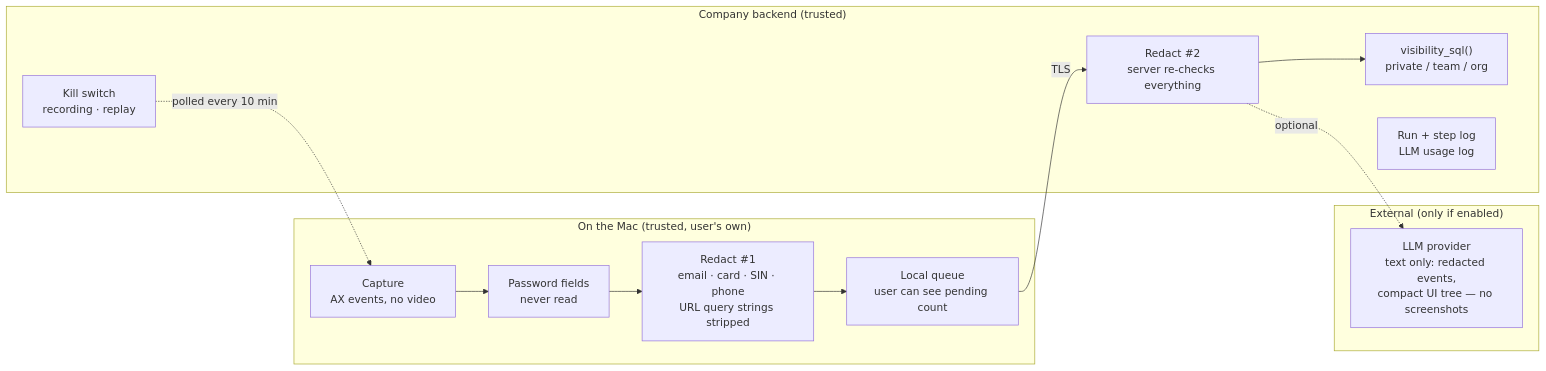
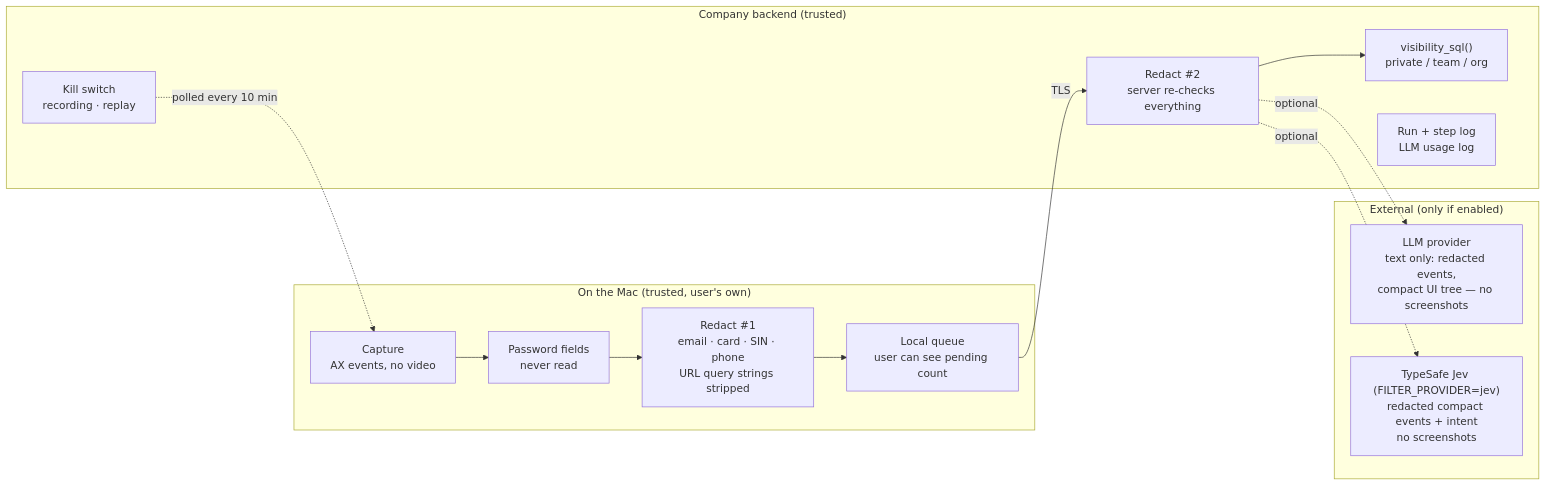
One commit to Dharmik2510/work-shadower changed diagram 12 of 14 in docs/ARCHITECTURE.md. Above: the diagram before and after it, drawn with Mermaid. The commit also changed other lines of this file and 49 other files, not shown here.

First line of the commit message:
Intent capture, relevance filter (local rules + TypeSafe Jev), hardened LLM path

````diff
--- a/docs/ARCHITECTURE.md
+++ b/docs/ARCHITECTURE.md
@@ -521,26 +531,28 @@
 ```mermaid
 flowchart LR
     subgraph Device["On the Mac (trusted, user's own)"]
         CAP["Capture<br/>AX events, no video"]
         SEC["Password fields<br/>never read"]
         R1["Redact #1<br/>email · card · SIN · phone<br/>URL query strings stripped"]
         LOCAL["Local queue<br/>user can see pending count"]
         CAP --> SEC --> R1 --> LOCAL
     end
 
     subgraph Company["Company backend (trusted)"]
         R2["Redact #2<br/>server re-checks everything"]
         VIS["visibility_sql()<br/>private / team / org"]
         AUD["Run + step log<br/>LLM usage log"]
         KS["Kill switch<br/>recording · replay"]
     end
 
     subgraph External["External (only if enabled)"]
         LLMX["LLM provider<br/>text only: redacted events,<br/>compact UI tree — no screenshots"]
+        JEVX["TypeSafe Jev (FILTER_PROVIDER=jev)<br/>redacted compact events + intent<br/>no screenshots"]
     end
 
     LOCAL -- "TLS" --> R2
     R2 --> VIS
     R2 -. "optional" .-> LLMX
+    R2 -. "optional" .-> JEVX
     KS -. "polled every 10 min" .-> CAP
 ```
````
